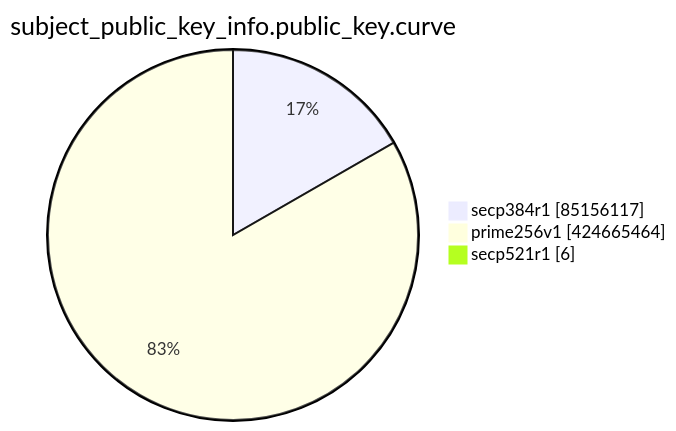
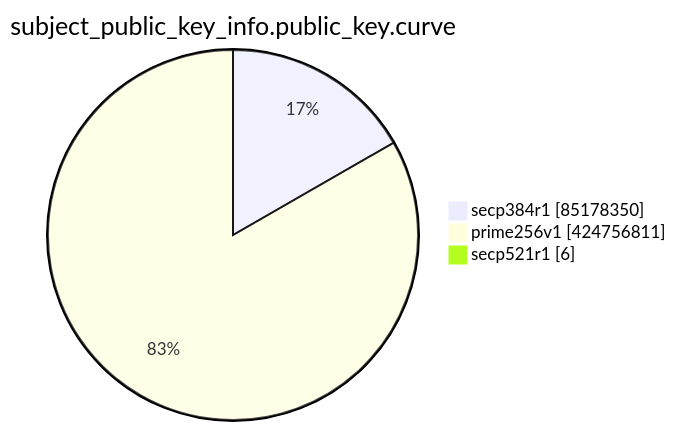
Before and after one commit to christiankrug/ctmonitor_visualization: the eighth of 15 diagrams in TOTAL/README.md, drawn with Mermaid. The commit also changed other lines of this file, not shown here.

````diff
--- a/TOTAL/README.md
+++ b/TOTAL/README.md
@@ -3100,7 +3100,7 @@
 ```mermaid
 pie showData
 title subject_public_key_info.public_key.curve
-"secp384r1" :85156117
-"prime256v1" :424665464
+"secp384r1" :85178350
+"prime256v1" :424756811
 "secp521r1" :6
 ```
````
